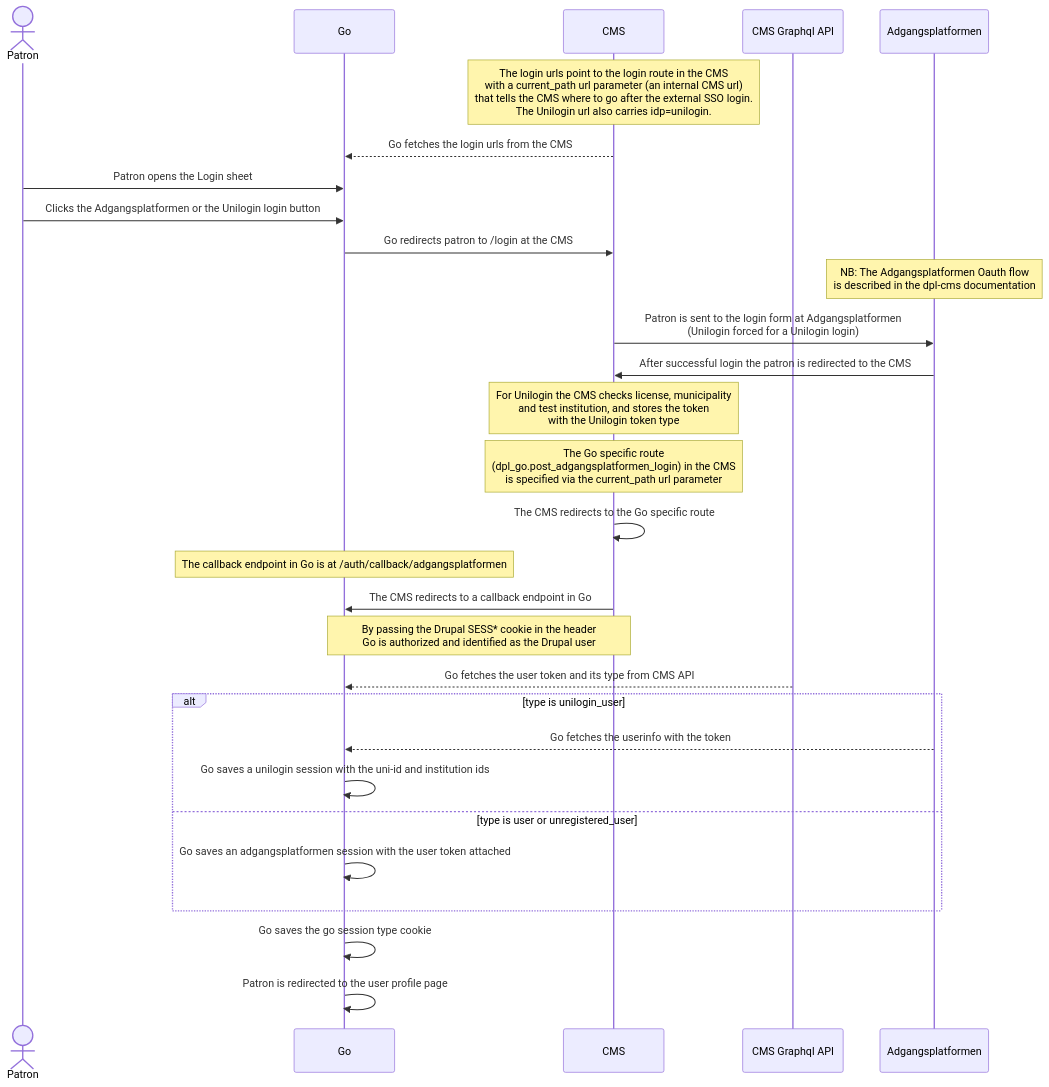
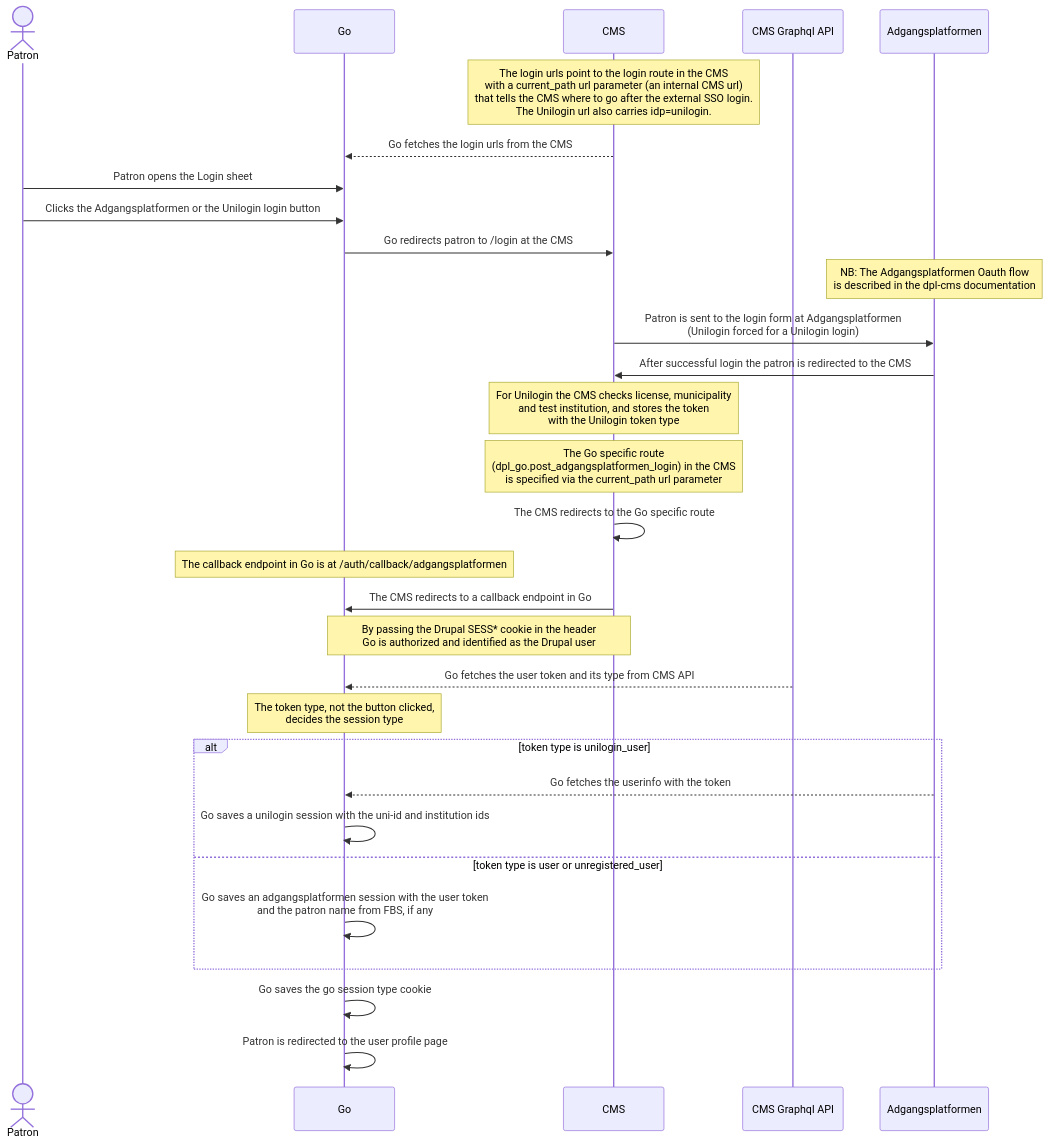
One commit to danskernesdigitalebibliotek/dpl-web changed the first of 4 diagrams in docs/go/authentication.md. Above: the diagram before and after it, drawn with Mermaid. The commit also changed other lines of this file, not shown here.

First line of the commit message:
docs(go): add GO-initiated logout diagram and clarify login token branch

````diff
--- a/docs/go/authentication.md
+++ b/docs/go/authentication.md
@@ -88,31 +88,32 @@
 ```mermaid
 sequenceDiagram
     actor Patron
     participant Go
     participant CMS
     participant CMS Graphql API
     participant Adgangsplatformen
     Note over CMS: The login urls point to the login route in the CMS<br/>with a current_path url parameter (an internal CMS url)<br/>that tells the CMS where to go after the external SSO login.<br/>The Unilogin url also carries idp=unilogin.
     CMS-->>Go: Go fetches the login urls from the CMS
     Patron->>Go: Patron opens the Login sheet
     Patron->>Go: Clicks the Adgangsplatformen or the Unilogin login button
     Go->>CMS: Go redirects patron to /login at the CMS
     Note over Adgangsplatformen: NB: The Adgangsplatformen Oauth flow<br />is described in the dpl-cms documentation
     CMS->>Adgangsplatformen: Patron is sent to the login form at Adgangsplatformen<br/>(Unilogin forced for a Unilogin login)
     Adgangsplatformen->>CMS: After successful login the patron is redirected to the CMS
     Note over CMS: For Unilogin the CMS checks license, municipality<br/>and test institution, and stores the token<br/>with the Unilogin token type
     Note over CMS,CMS: The Go specific route<br />(dpl_go.post_adgangsplatformen_login) in the CMS<br />is specified via the current_path url parameter
     CMS->>CMS: The CMS redirects to the Go specific route
     Note over Go: The callback endpoint in Go is at /auth/callback/adgangsplatformen
     CMS->>Go: The CMS redirects to a callback endpoint in Go
     Note over CMS,Go: By passing the Drupal SESS* cookie in the header<br/>Go is authorized and identified as the Drupal user
     CMS Graphql API-->>Go: Go fetches the user token and its type from CMS API
-    alt type is unilogin_user
+    Note over Go: The token type, not the button clicked,<br/>decides the session type
+    alt token type is unilogin_user
         Adgangsplatformen-->>Go: Go fetches the userinfo with the token
         Go->>Go: Go saves a unilogin session with the uni-id and institution ids
-    else type is user or unregistered_user
-        Go->>Go: Go saves an adgangsplatformen session with the user token attached
+    else token type is user or unregistered_user
+        Go->>Go: Go saves an adgangsplatformen session with the user token<br/>and the patron name from FBS, if any
     end
     Go->>Go: Go saves the go session type cookie
     Go->>Go: Patron is redirected to the user profile page
 ```
````
